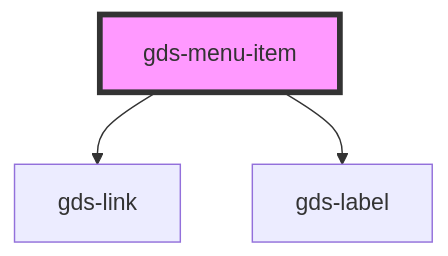
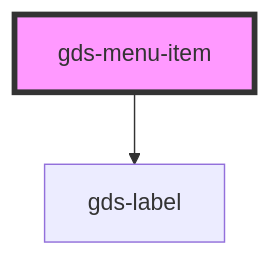
The diagram in src/components/gds-menu-item/readme.md (generoi/genero-design-system), drawn with Mermaid before and after one commit. The commit also changed other lines of this file and 19 other files, not shown here.

````diff
--- a/src/components/gds-menu-item/readme.md
+++ b/src/components/gds-menu-item/readme.md
@@ -22,6 +20,5 @@
 ```mermaid
 graph TD;
-  gds-menu-item --> gds-link
   gds-menu-item --> gds-label
   style gds-menu-item fill:#f9f,stroke:#333,stroke-width:4px
 ```
````
